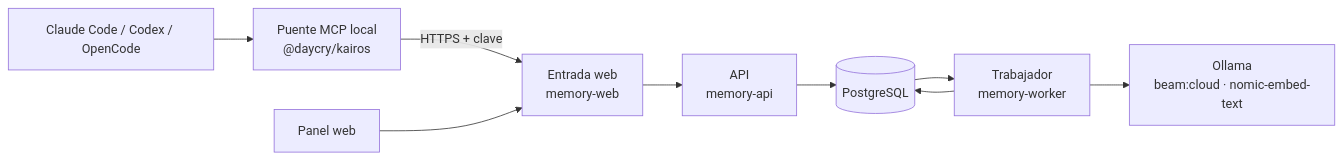
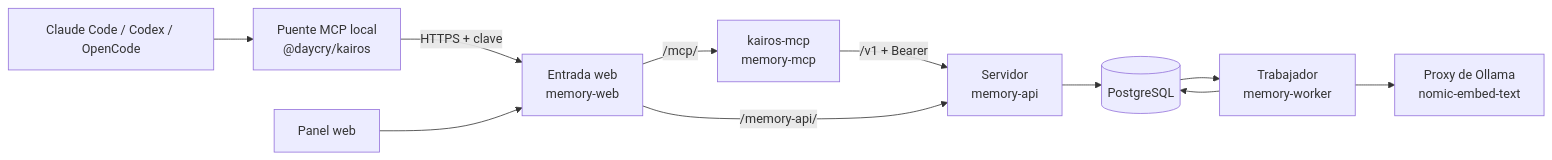
The diagram in README.md (daycry/kairos), drawn with Mermaid before and after one commit. The commit also changed other lines of this file and 1 other file, not shown here.

First line of the commit message:
T-73: README and manuals describe the three components, kairos-mcp at /mcp, no language model on the server and the 0.5.0 retirement of the internal MCP

````diff
--- a/README.md
+++ b/README.md
@@ -57,11 +57,13 @@
 ```mermaid
 flowchart LR
   A[Claude Code / Codex / OpenCode] --> B[Puente MCP local<br/>@daycry/kairos]
   B -->|HTTPS + clave| C[Entrada web<br/>memory-web]
   D[Panel web] --> C
-  C --> E[API<br/>memory-api]
+  C -->|/mcp/| M[kairos-mcp<br/>memory-mcp]
+  M -->|/v1 + Bearer| E[Servidor<br/>memory-api]
+  C -->|/memory-api/| E
   E --> F[(PostgreSQL)]
   F --> G[Trabajador<br/>memory-worker]
-  G --> H[Ollama<br/>beam:cloud · nomic-embed-text]
+  G --> H[Proxy de Ollama<br/>nomic-embed-text]
   G --> F
 ```
````
